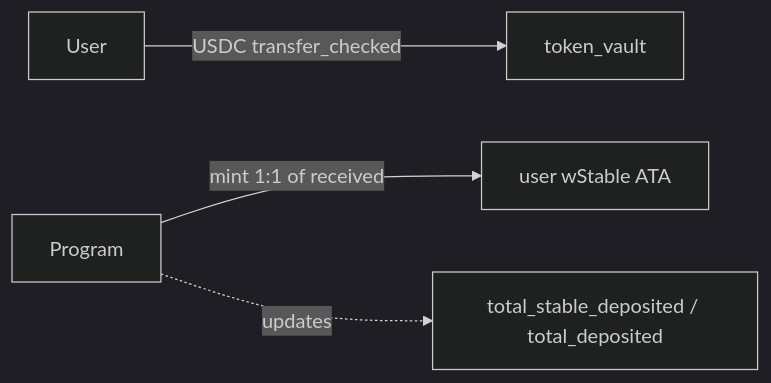
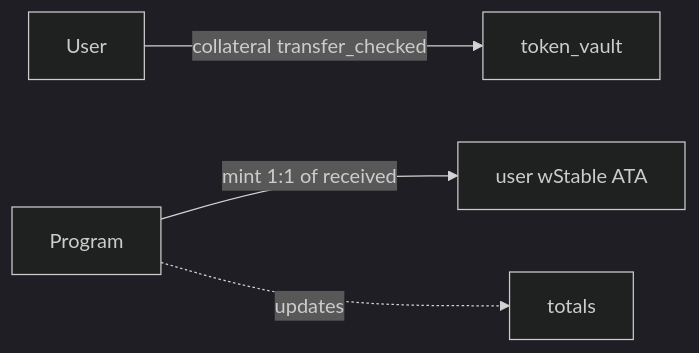
The first of 3 diagrams in wrap-stablecoin/ARCHITECTURE.md (eregion-labs/wrap-stablecoin), drawn with Mermaid (dark theme) before and after one commit. The commit also changed other lines of this file and 13 other files, not shown here.

````diff
--- a/wrap-stablecoin/ARCHITECTURE.md
+++ b/wrap-stablecoin/ARCHITECTURE.md
@@ -67,6 +68,6 @@
 ```mermaid
 flowchart LR
-    User -->|USDC transfer_checked| TokenVault[token_vault]
+    User -->|collateral transfer_checked| TokenVault[token_vault]
     Program -->|mint 1:1 of received| UserWStable[user wStable ATA]
-    Program -. updates .-> Totals[total_stable_deposited / total_deposited]
+    Program -. updates .-> Totals[totals]
 ```
````
